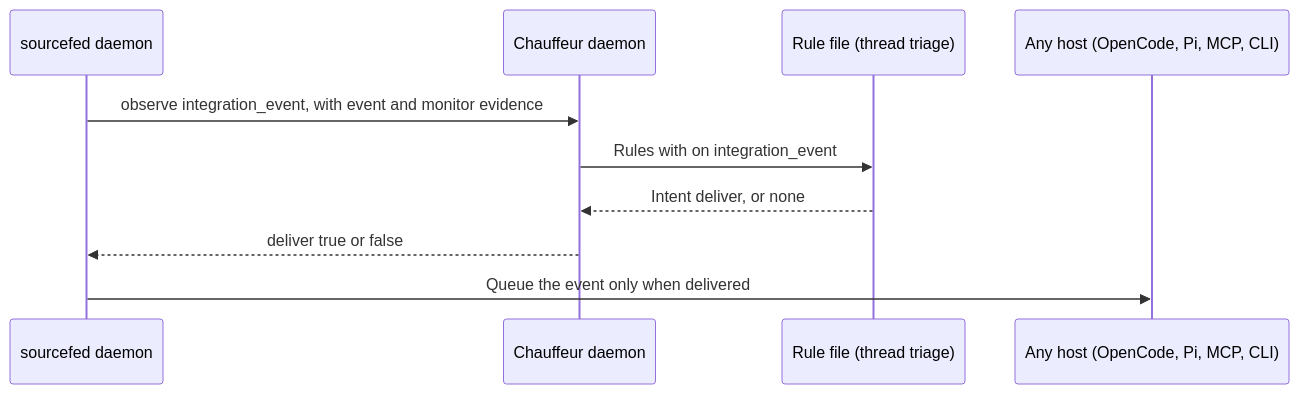
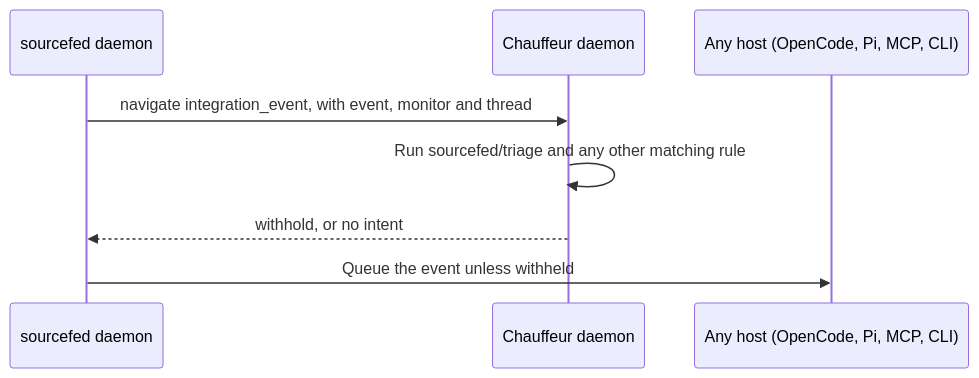
The fifth of 7 diagrams in docs/plans/pluggability.md (StevenJPx2/chauffeur), drawn with Mermaid before and after one commit. The commit also changed other lines of this file and 1 other file, not shown here.

First line of the commit message:
docs(plans): one operation, chauffeur.navigate, with rules from any source

````diff
--- a/docs/plans/pluggability.md
+++ b/docs/plans/pluggability.md
@@ -158,12 +176,10 @@
 ```mermaid
 sequenceDiagram
     participant S as sourcefed daemon
     participant C as Chauffeur daemon
-    participant R as Rule file (thread triage)
     participant H as Any host (OpenCode, Pi, MCP, CLI)
-    S->>C: observe integration_event, with event and monitor evidence
-    C->>R: Rules with on integration_event
-    R-->>C: Intent deliver, or none
-    C-->>S: deliver true or false
-    S->>H: Queue the event only when delivered
+    S->>C: navigate integration_event, with event, monitor and thread
+    C->>C: Run sourcefed/triage and any other matching rule
+    C-->>S: withhold, or no intent
+    S->>H: Queue the event unless withheld
 ```
````
